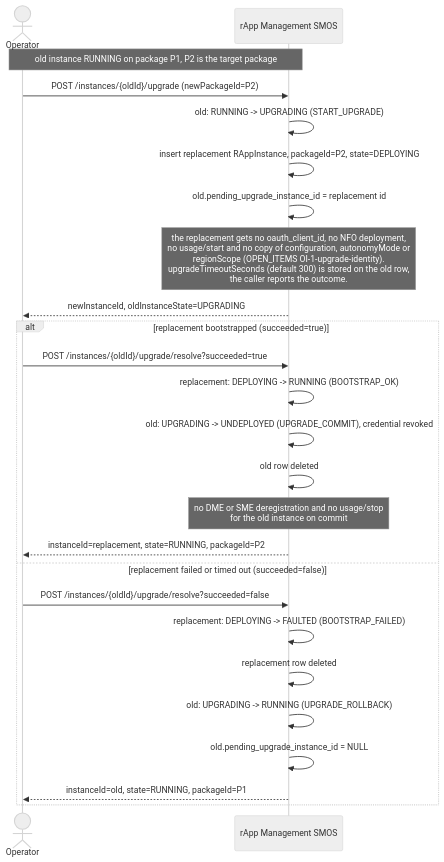
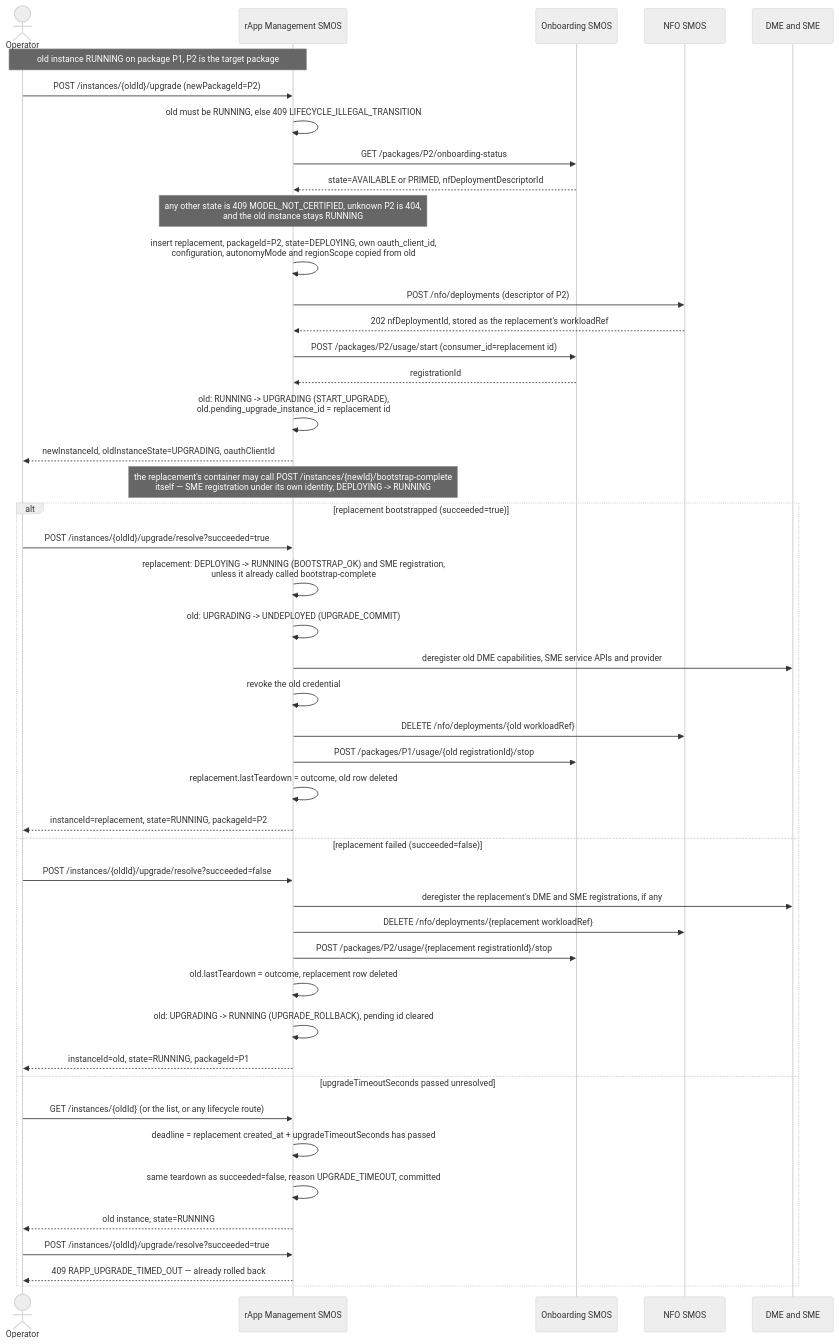
The second of 3 diagrams in smo/docs/call-flows/07-rapp-instance-lifecycle.md (rsys-bshankar/ai-ran-ref), drawn with Mermaid (neutral theme) before and after one commit. The commit also changed other lines of this file and 46 other files, not shown here.

````diff
--- a/smo/docs/call-flows/07-rapp-instance-lifecycle.md
+++ b/smo/docs/call-flows/07-rapp-instance-lifecycle.md
@@ -79,29 +96,51 @@
 ```mermaid
 sequenceDiagram
     actor Operator
     participant Rapp as rApp Management SMOS
+    participant Onb as Onboarding SMOS
+    participant NFO as NFO SMOS
+    participant Reg as DME and SME
 
     Note over Operator,Rapp: old instance RUNNING on package P1, P2 is the target package
     Operator->>Rapp: POST /instances/{oldId}/upgrade (newPackageId=P2)
-    Rapp->>Rapp: old: RUNNING -> UPGRADING (START_UPGRADE)
-    Rapp->>Rapp: insert replacement RAppInstance, packageId=P2, state=DEPLOYING
-    Rapp->>Rapp: old.pending_upgrade_instance_id = replacement id
-    Note over Rapp: the replacement gets no oauth_client_id, no NFO deployment,<br/>no usage/start and no copy of configuration, autonomyMode or<br/>regionScope (OPEN_ITEMS OI-1-upgrade-identity).<br/>upgradeTimeoutSeconds (default 300) is stored on the old row,<br/>the caller reports the outcome.
-    Rapp-->>Operator: newInstanceId, oldInstanceState=UPGRADING
+    Rapp->>Rapp: old must be RUNNING, else 409 LIFECYCLE_ILLEGAL_TRANSITION
+    Rapp->>Onb: GET /packages/P2/onboarding-status
+    Onb-->>Rapp: state=AVAILABLE or PRIMED, nfDeploymentDescriptorId
+    Note over Rapp: any other state is 409 MODEL_NOT_CERTIFIED, unknown P2 is 404,<br/>and the old instance stays RUNNING
+    Rapp->>Rapp: insert replacement, packageId=P2, state=DEPLOYING, own oauth_client_id,<br/>configuration, autonomyMode and regionScope copied from old
+    Rapp->>NFO: POST /nfo/deployments (descriptor of P2)
+    NFO-->>Rapp: 202 nfDeploymentId, stored as the replacement's workloadRef
+    Rapp->>Onb: POST /packages/P2/usage/start (consumer_id=replacement id)
+    Onb-->>Rapp: registrationId
+    Rapp->>Rapp: old: RUNNING -> UPGRADING (START_UPGRADE),<br/>old.pending_upgrade_instance_id = replacement id
+    Rapp-->>Operator: newInstanceId, oldInstanceState=UPGRADING, oauthClientId
+
+    Note over Rapp: the replacement's container may call POST /instances/{newId}/bootstrap-complete<br/>itself — SME registration under its own identity, DEPLOYING -> RUNNING
 
     alt replacement bootstrapped (succeeded=true)
         Operator->>Rapp: POST /instances/{oldId}/upgrade/resolve?succeeded=true
-        Rapp->>Rapp: replacement: DEPLOYING -> RUNNING (BOOTSTRAP_OK)
-        Rapp->>Rapp: old: UPGRADING -> UNDEPLOYED (UPGRADE_COMMIT), credential revoked
-        Rapp->>Rapp: old row deleted
-        Note over Rapp: no DME or SME deregistration and no usage/stop<br/>for the old instance on commit
+        Rapp->>Rapp: replacement: DEPLOYING -> RUNNING (BOOTSTRAP_OK) and SME registration,<br/>unless it already called bootstrap-complete
+        Rapp->>Rapp: old: UPGRADING -> UNDEPLOYED (UPGRADE_COMMIT)
+        Rapp->>Reg: deregister old DME capabilities, SME service APIs and provider
+        Rapp->>Rapp: revoke the old credential
+        Rapp->>NFO: DELETE /nfo/deployments/{old workloadRef}
+        Rapp->>Onb: POST /packages/P1/usage/{old registrationId}/stop
+        Rapp->>Rapp: replacement.lastTeardown = outcome, old row deleted
         Rapp-->>Operator: instanceId=replacement, state=RUNNING, packageId=P2
-    else replacement failed or timed out (succeeded=false)
+    else replacement failed (succeeded=false)
         Operator->>Rapp: POST /instances/{oldId}/upgrade/resolve?succeeded=false
-        Rapp->>Rapp: replacement: DEPLOYING -> FAULTED (BOOTSTRAP_FAILED)
-        Rapp->>Rapp: replacement row deleted
-        Rapp->>Rapp: old: UPGRADING -> RUNNING (UPGRADE_ROLLBACK)
-        Rapp->>Rapp: old.pending_upgrade_instance_id = NULL
+        Rapp->>Reg: deregister the replacement's DME and SME registrations, if any
+        Rapp->>NFO: DELETE /nfo/deployments/{replacement workloadRef}
+        Rapp->>Onb: POST /packages/P2/usage/{replacement registrationId}/stop
+        Rapp->>Rapp: old.lastTeardown = outcome, replacement row deleted
+        Rapp->>Rapp: old: UPGRADING -> RUNNING (UPGRADE_ROLLBACK), pending id cleared
         Rapp-->>Operator: instanceId=old, state=RUNNING, packageId=P1
+    else upgradeTimeoutSeconds passed unresolved
+        Operator->>Rapp: GET /instances/{oldId} (or the list, or any lifecycle route)
+        Rapp->>Rapp: deadline = replacement created_at + upgradeTimeoutSeconds has passed
+        Rapp->>Rapp: same teardown as succeeded=false, reason UPGRADE_TIMEOUT, committed
+        Rapp-->>Operator: old instance, state=RUNNING
+        Operator->>Rapp: POST /instances/{oldId}/upgrade/resolve?succeeded=true
+        Rapp-->>Operator: 409 RAPP_UPGRADE_TIMED_OUT — already rolled back
     end
 ```
````
